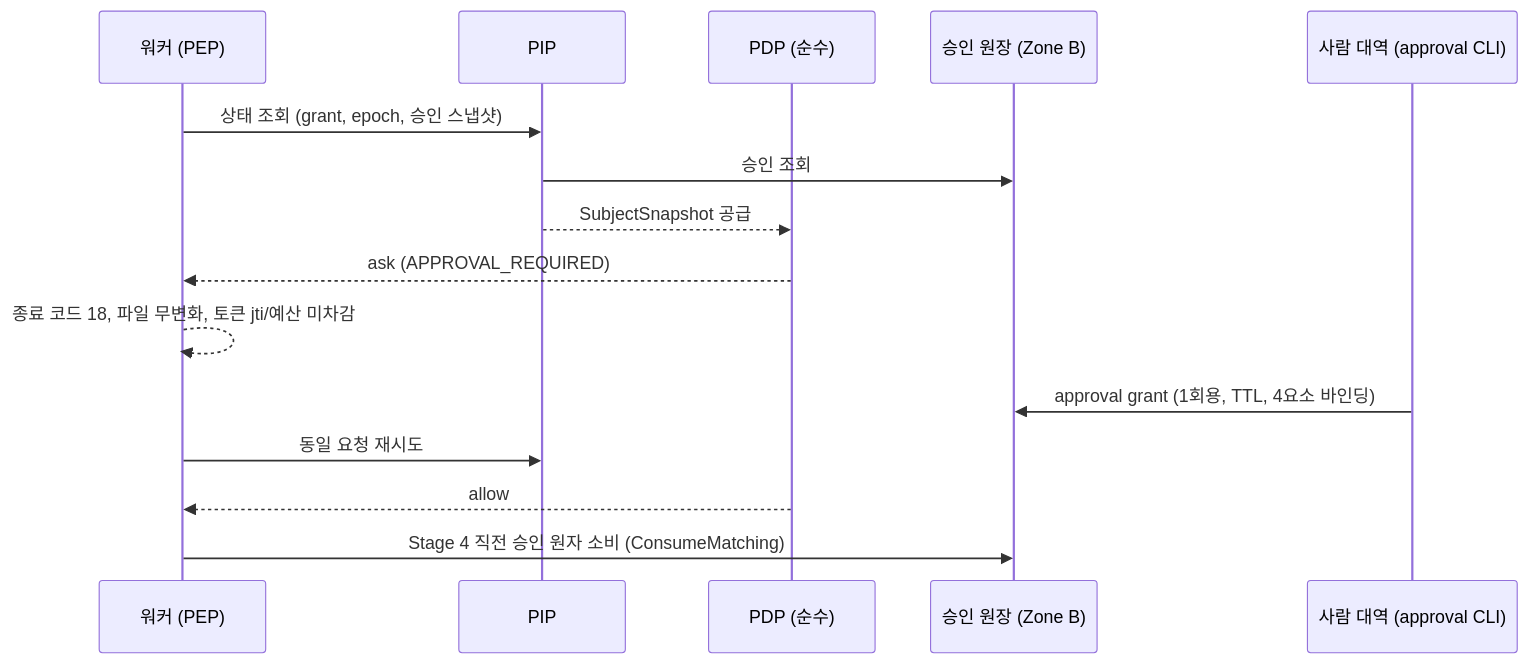
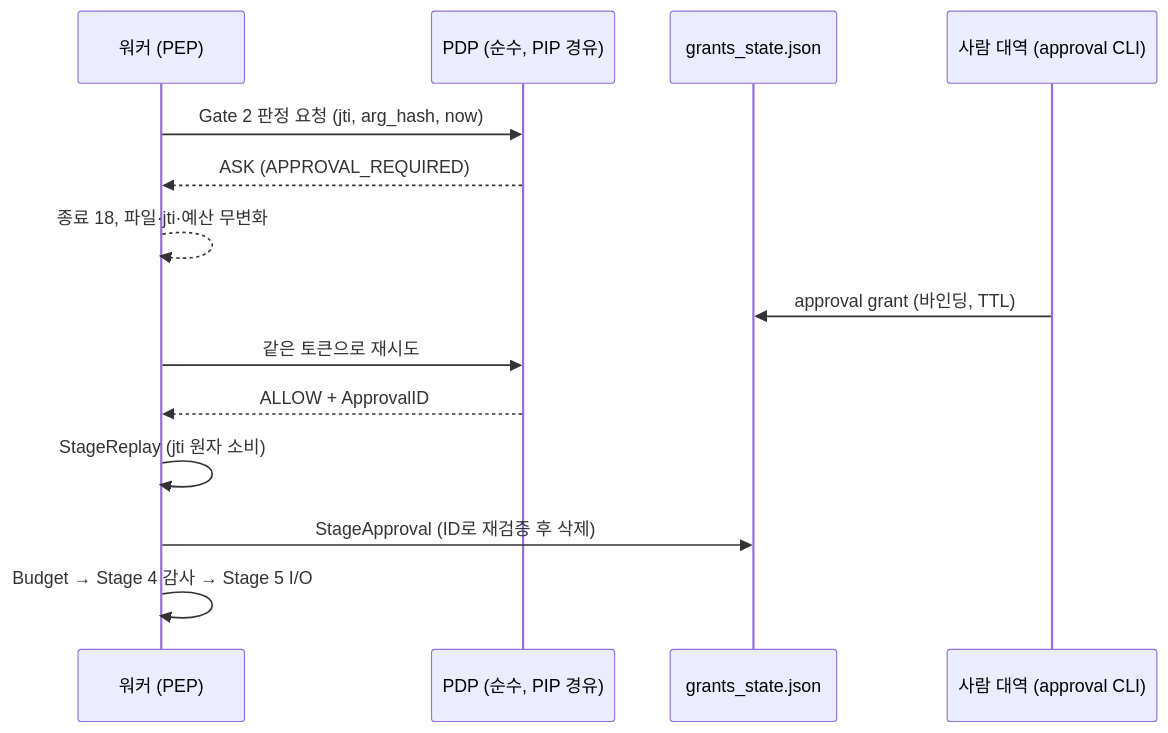
The diagram in docs/로드맵/15-pdp-승인-결정-ask/ROADMAP.md (RadiantCitron/authz-harness), drawn with Mermaid before and after one commit. The commit also changed other lines of this file and 8 other files, not shown here.

First line of the commit message:
docs(roadmap-15): 024 보고서 — 구조 결함 A-1~A-15 검증 및 010~060 교정

````diff
--- a/docs/로드맵/15-pdp-승인-결정-ask/ROADMAP.md
+++ b/docs/로드맵/15-pdp-승인-결정-ask/ROADMAP.md
@@ -17,17 +18,17 @@
 ```mermaid
+%%{init: {'themeVariables': {'fontSize': '11px'}}}%%
 sequenceDiagram
   participant W as 워커 (PEP)
-  participant I as PIP
-  participant D as PDP (순수)
-  participant L as 승인 원장 (Zone B)
+  participant D as PDP (순수, PIP 경유)
+  participant L as grants_state.json
   participant H as 사람 대역 (approval CLI)
-  W->>I: 상태 조회 (grant, epoch, 승인 스냅샷)
-  I->>L: 승인 조회
-  I-->>D: SubjectSnapshot 공급
-  D-->>W: ask (APPROVAL_REQUIRED)
-  W-->>W: 종료 코드 18, 파일 무변화, 토큰 jti/예산 미차감
-  H->>L: approval grant (1회용, TTL, 4요소 바인딩)
-  W->>I: 동일 요청 재시도
-  D-->>W: allow
-  W->>L: Stage 4 직전 승인 원자 소비 (ConsumeMatching)
+  W->>D: Gate 2 판정 요청 (jti, arg_hash, now)
+  D-->>W: ASK (APPROVAL_REQUIRED)
+  W-->>W: 종료 18, 파일·jti·예산 무변화
+  H->>L: approval grant (바인딩, TTL)
+  W->>D: 같은 토큰으로 재시도
+  D-->>W: ALLOW + ApprovalID
+  W->>W: StageReplay (jti 원자 소비)
+  W->>L: StageApproval (ID로 재검증 후 삭제)
+  W->>W: Budget → Stage 4 감사 → Stage 5 I/O
 ```
````
